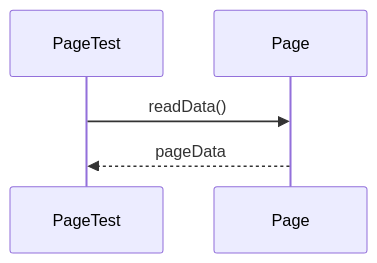
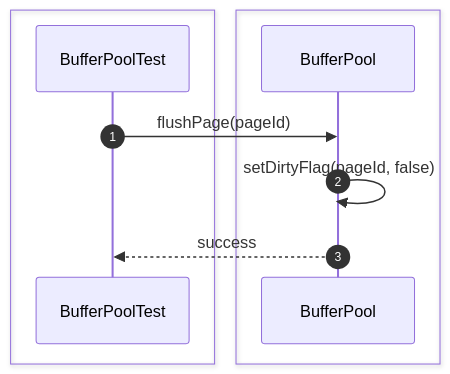
The tenth of 52 diagrams in src/sequence/storage-engine.md (Huy1801214/dbms-architecture), drawn with Mermaid before and after one commit. The commit also changed other lines of this file and 10 other files, not shown here.

Commit message:
add comprehensive sequence diagrams and documentation for system architecture and unit testing specifications

````diff
--- a/src/sequence/storage-engine.md
+++ b/src/sequence/storage-engine.md
@@ -176,9 +167,15 @@
 ```mermaid
 sequenceDiagram
-    participant Test as PageTest
-    participant Page
+    autonumber
 
-    Test->>Page: readData()
+    box #e1f5fe Test Suite
+    participant Test as BufferPoolTest
+    end
+    box #e0f2f1 Storage Components
+    participant Buffer as BufferPool
+    end
 
-    Page-->>Test: pageData
+    Test->>Buffer: flushPage(pageId)
+    Buffer->>Buffer: setDirtyFlag(pageId, false)
+    Buffer-->>Test: success
 ```
````
